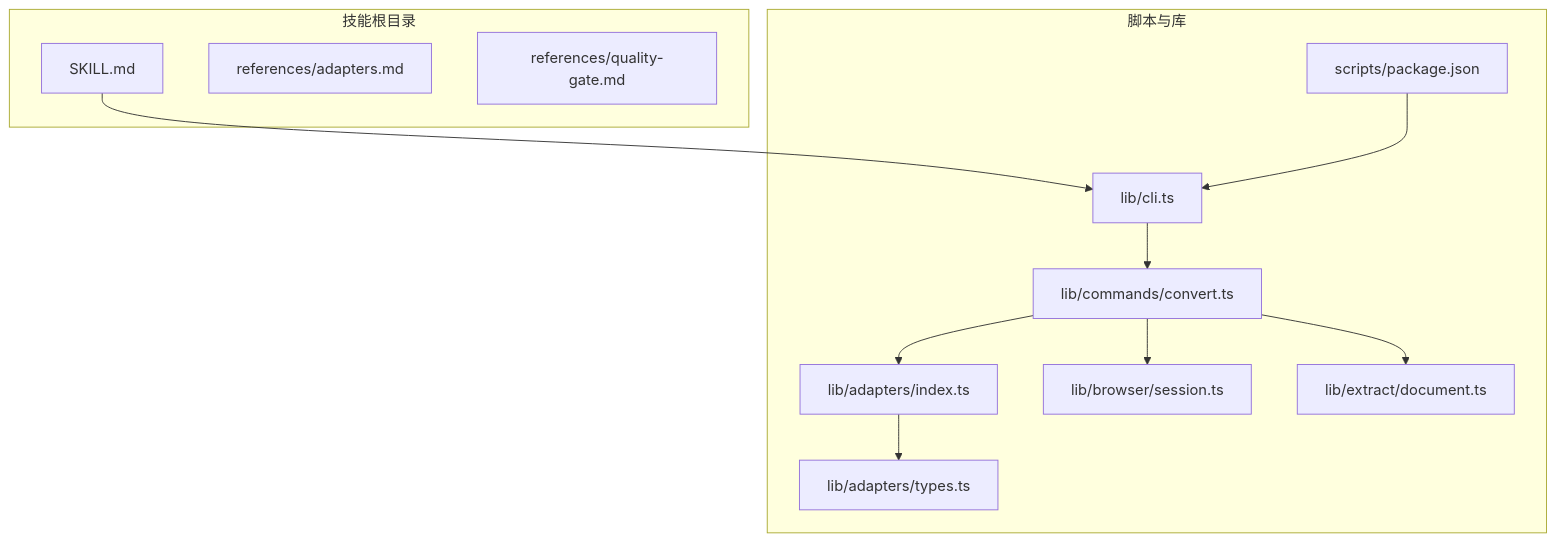
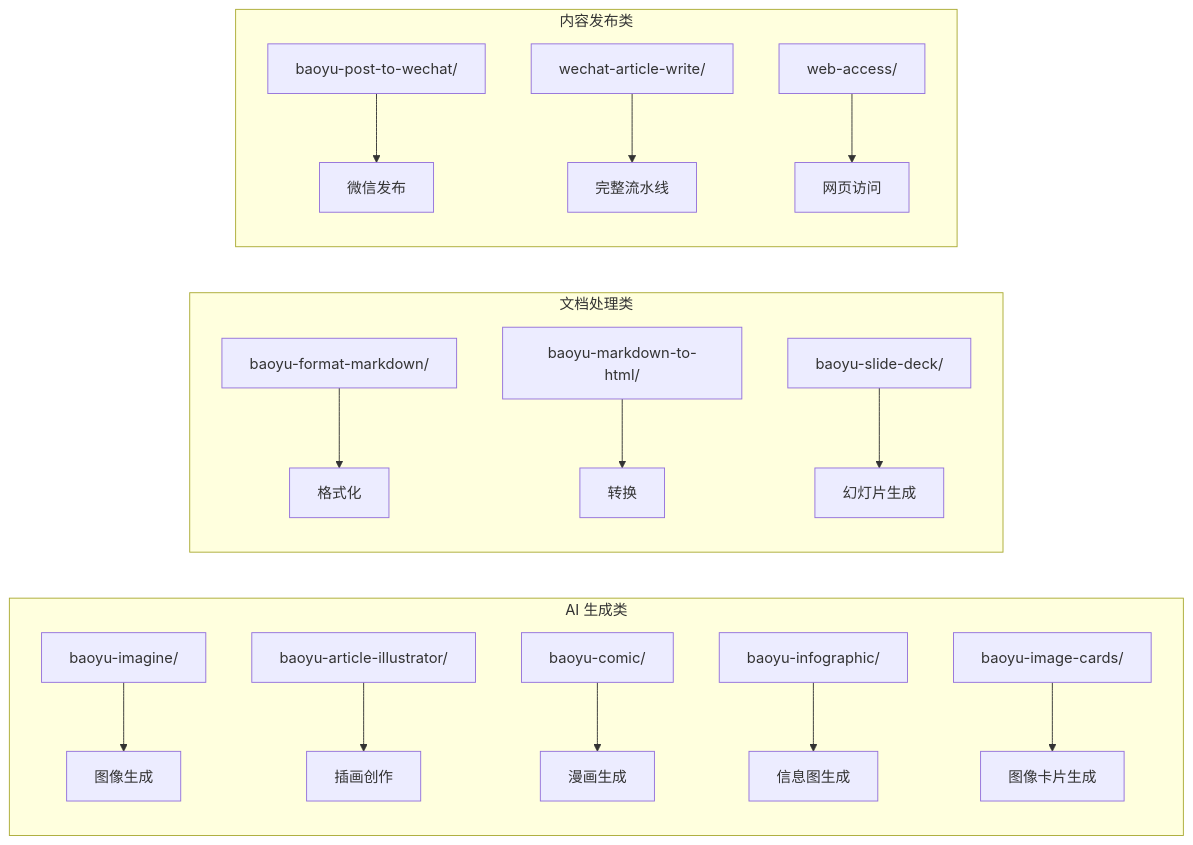
Before and after one commit to NTLx/ntlx.github.io: the third of 3 diagrams in .qoder/repowiki/zh/content/AI 技能系统/内容处理技能/URL 转 Markdown 技能.md, drawn with Mermaid. The commit also changed other lines of this file and 8 other files, not shown here.

````diff
--- a/.qoder/repowiki/zh/content/AI 技能系统/内容处理技能/URL 转 Markdown 技能.md
+++ b/.qoder/repowiki/zh/content/AI 技能系统/内容处理技能/URL 转 Markdown 技能.md
@@ -35,24 +119,20 @@
 ```mermaid
-graph TB
-subgraph "技能根目录"
-A["SKILL.md"]
-B["references/adapters.md"]
-C["references/quality-gate.md"]
+graph LR
+subgraph "AI 生成类"
+A["baoyu-imagine/"] --> B["图像生成"]
+C["baoyu-article-illustrator/"] --> D["插画创作"]
+E["baoyu-comic/"] --> F["漫画生成"]
+G["baoyu-infographic/"] --> H["信息图生成"]
+I["baoyu-image-cards/"] --> J["图像卡片生成"]
 end
-subgraph "脚本与库"
-D["scripts/package.json"]
-E["lib/cli.ts"]
-F["lib/commands/convert.ts"]
-G["lib/adapters/index.ts"]
-H["lib/adapters/types.ts"]
-I["lib/browser/session.ts"]
-J["lib/extract/document.ts"]
+subgraph "文档处理类"
+K["baoyu-format-markdown/"] --> L["格式化"]
+M["baoyu-markdown-to-html/"] --> N["转换"]
+O["baoyu-slide-deck/"] --> P["幻灯片生成"]
 end
-A --> E
-D --> E
-E --> F
-F --> G
-F --> I
-F --> J
-G --> H
+subgraph "内容发布类"
+Q["baoyu-post-to-wechat/"] --> R["微信发布"]
+S["wechat-article-write/"] --> T["完整流水线"]
+U["web-access/"] --> V["网页访问"]
+end
 ```
````
